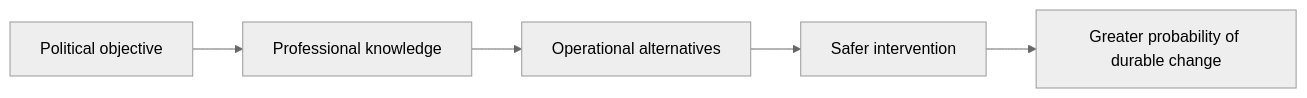
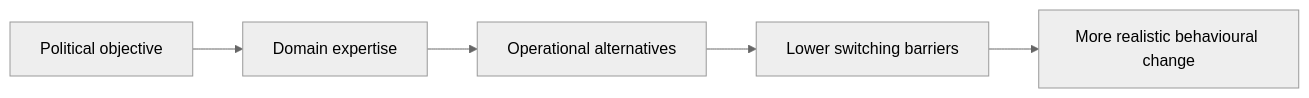
The fifth of 14 diagrams in 🌓_3_In_The_Moment/📲_Press_Matters/🇵🇸_Palestine_Factchecking/🌍_Global_Powers/💸_incentivising_behavioural_change_and_bds.md (josefsbreakfast/Polaris-Protocol), drawn with Mermaid (neutral theme) before and after one commit. The commit also changed other lines of this file, not shown here.

````diff
--- a/🌓_3_In_The_Moment/📲_Press_Matters/🇵🇸_Palestine_Factchecking/🌍_Global_Powers/💸_incentivising_behavioural_change_and_bds.md
+++ b/🌓_3_In_The_Moment/📲_Press_Matters/🇵🇸_Palestine_Factchecking/🌍_Global_Powers/💸_incentivising_behavioural_change_and_bds.md
@@ -232,8 +160,8 @@
 ```mermaid
 flowchart LR
     A[Political objective]
-    --> B[Professional knowledge]
+    --> B[Domain expertise]
     --> C[Operational alternatives]
-    --> D[Safer intervention]
-    --> E[Greater probability of durable change]
+    --> D[Lower switching barriers]
+    --> E[More realistic behavioural change]
 ```
````
